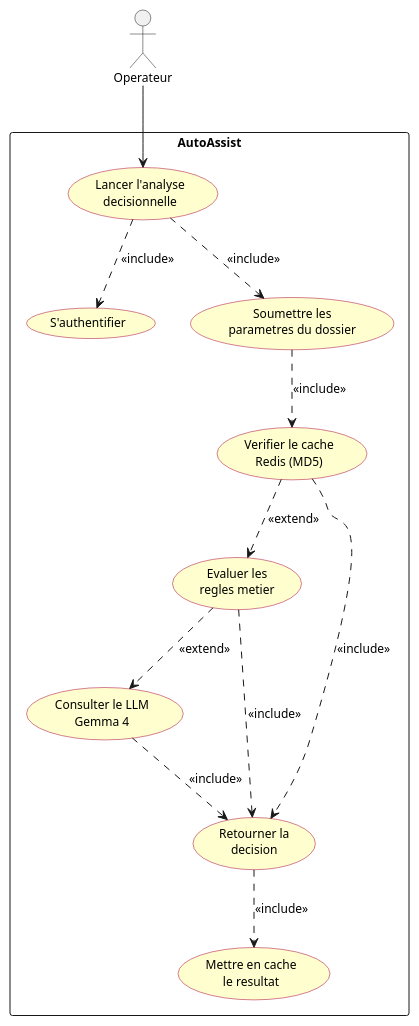
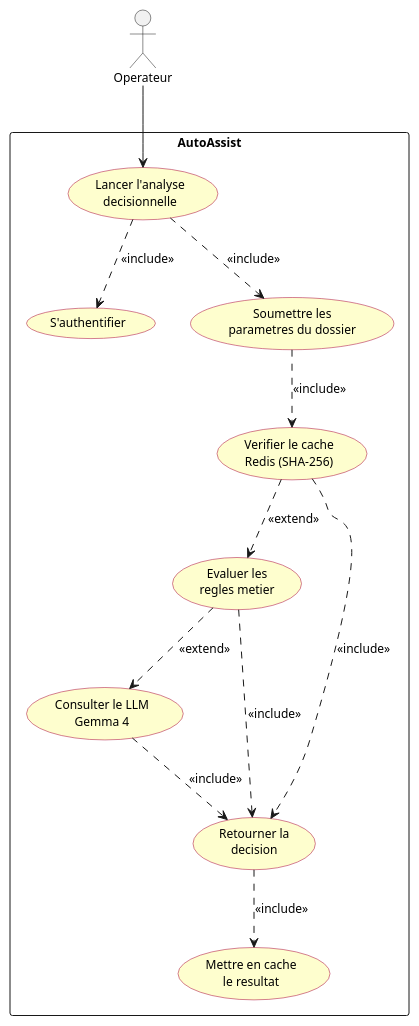
One commit to seifeddine77/call-management-system changed the diagram in rapport/figures/raffinement_decision.puml. Above: the diagram before and after it, drawn with PlantUML. The commit also changed 181 other files, not shown here.

```diff
--- a/rapport/figures/raffinement_decision.puml
+++ b/rapport/figures/raffinement_decision.puml
@@ -1,35 +1,35 @@
 @startuml raffinement_decision
 skinparam backgroundColor white
 skinparam defaultFontName Arial
 skinparam defaultFontSize 12
 skinparam packageStyle rectangle
 skinparam usecase {
   BackgroundColor #FEFECE
   BorderColor #A80036
 }
 
 actor "Operateur" as op
 
 rectangle "AutoAssist" {
   usecase "S'authentifier" as auth
   usecase "Lancer l'analyse\ndecisionnelle" as UC1
   usecase "Soumettre les\nparametres du dossier" as UC2
-  usecase "Verifier le cache\nRedis (MD5)" as UC3
+  usecase "Verifier le cache\nRedis (SHA-256)" as UC3
   usecase "Evaluer les\nregles metier" as UC4
   usecase "Consulter le LLM\nGemma 4" as UC5
   usecase "Retourner la\ndecision" as UC6
   usecase "Mettre en cache\nle resultat" as UC7
 }
 
 op --> UC1
 UC1 ..> auth : <<include>>
 UC1 ..> UC2 : <<include>>
 UC2 ..> UC3 : <<include>>
 UC3 ..> UC4 : <<extend>>
 UC4 ..> UC5 : <<extend>>
 UC3 ..> UC6 : <<include>>
 UC4 ..> UC6 : <<include>>
 UC5 ..> UC6 : <<include>>
 UC6 ..> UC7 : <<include>>
 
 @enduml
```
